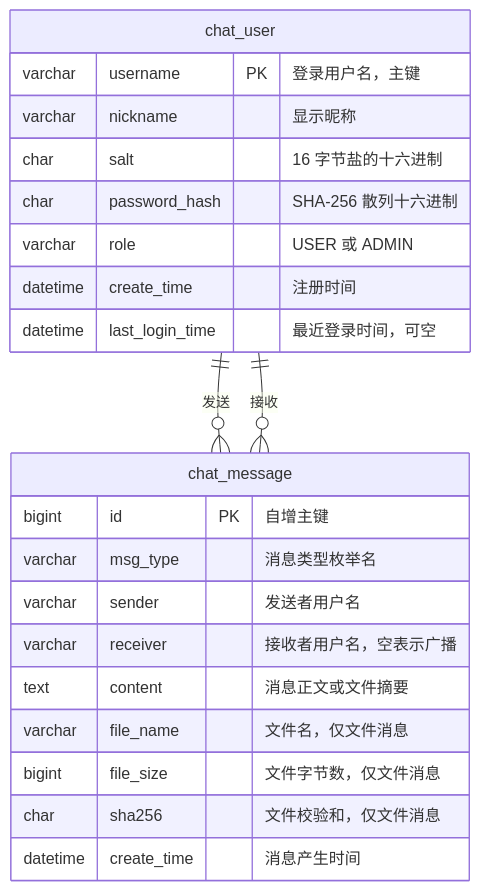
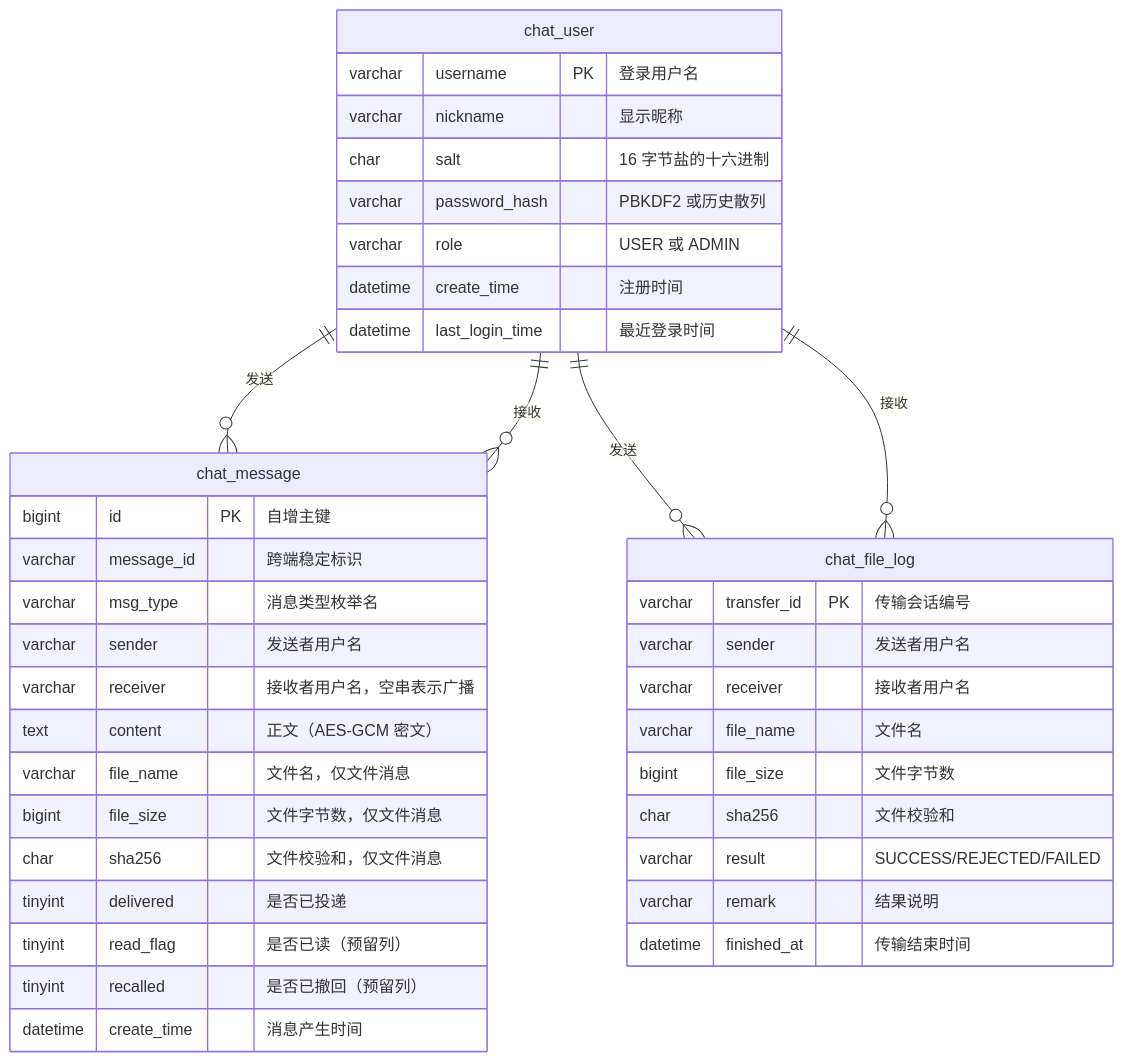
One commit to FeiTwnd/lanchat changed the second of 3 diagrams in docs/design/03-数据库与持久化设计.md. Above: the diagram before and after it, drawn with Mermaid. The commit also changed other lines of this file and 9 other files, not shown here.

````diff
--- a/docs/design/03-数据库与持久化设计.md
+++ b/docs/design/03-数据库与持久化设计.md
@@ -226,27 +138,45 @@
 ```mermaid
 erDiagram
     chat_user ||--o{ chat_message : "发送"
     chat_user ||--o{ chat_message : "接收"
+    chat_user ||--o{ chat_file_log : "发送"
+    chat_user ||--o{ chat_file_log : "接收"
 
     chat_user {
-        varchar username PK "登录用户名，主键"
+        varchar username PK "登录用户名"
         varchar nickname "显示昵称"
         char salt "16 字节盐的十六进制"
-        char password_hash "SHA-256 散列十六进制"
+        varchar password_hash "PBKDF2 或历史散列"
         varchar role "USER 或 ADMIN"
         datetime create_time "注册时间"
-        datetime last_login_time "最近登录时间，可空"
+        datetime last_login_time "最近登录时间"
     }
 
     chat_message {
         bigint id PK "自增主键"
+        varchar message_id "跨端稳定标识"
         varchar msg_type "消息类型枚举名"
         varchar sender "发送者用户名"
-        varchar receiver "接收者用户名，空表示广播"
-        text content "消息正文或文件摘要"
+        varchar receiver "接收者用户名，空串表示广播"
+        text content "正文（AES-GCM 密文）"
         varchar file_name "文件名，仅文件消息"
         bigint file_size "文件字节数，仅文件消息"
         char sha256 "文件校验和，仅文件消息"
+        tinyint delivered "是否已投递"
+        tinyint read_flag "是否已读（预留列）"
+        tinyint recalled "是否已撤回（预留列）"
         datetime create_time "消息产生时间"
     }
+
+    chat_file_log {
+        varchar transfer_id PK "传输会话编号"
+        varchar sender "发送者用户名"
+        varchar receiver "接收者用户名"
+        varchar file_name "文件名"
+        bigint file_size "文件字节数"
+        char sha256 "文件校验和"
+        varchar result "SUCCESS/REJECTED/FAILED"
+        varchar remark "结果说明"
+        datetime finished_at "传输结束时间"
+    }
 ```
````
